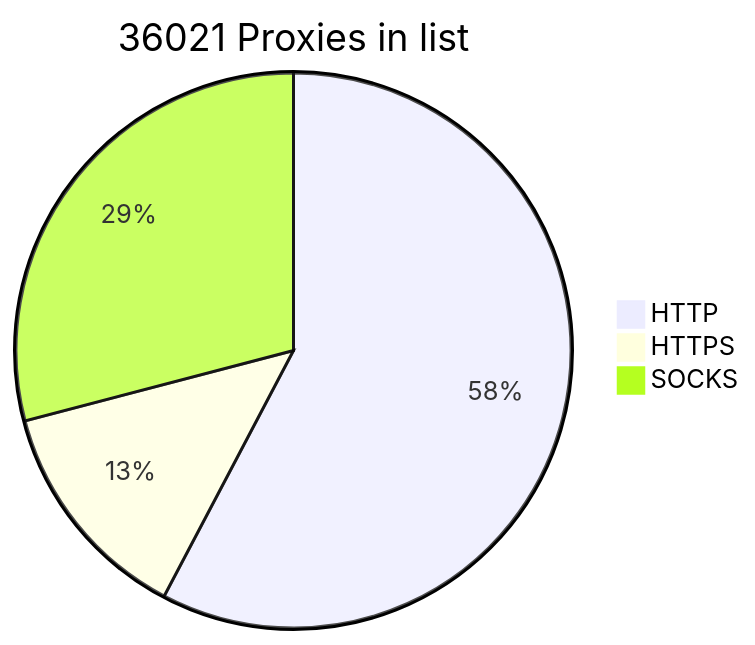
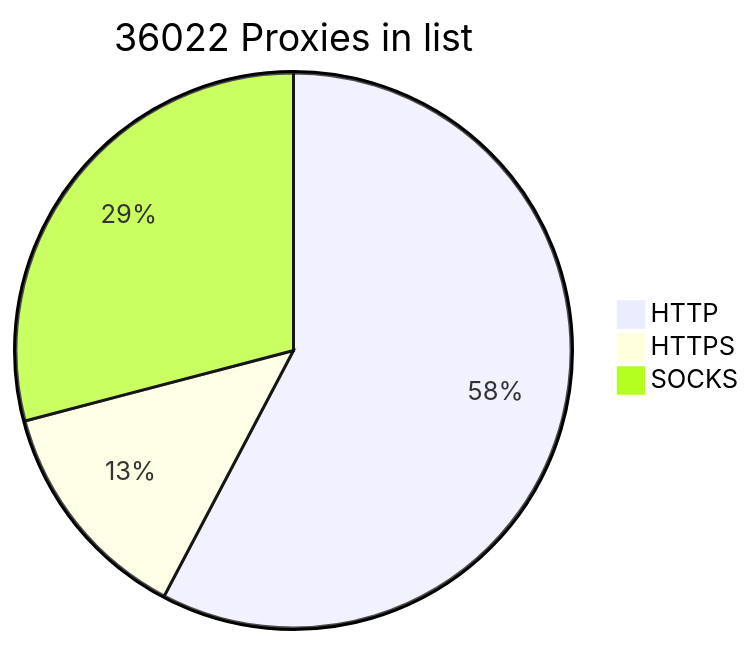
One commit to BlackSnowDot/proxylist-update-every-minute changed the diagram in README.md. Above: the diagram before and after it, drawn with Mermaid.

````diff
--- a/README.md
+++ b/README.md
@@ -2,6 +2,6 @@
 ```mermaid
-pie title 36021 Proxies in list
+pie title 36022 Proxies in list
     "HTTP" : 23097
     "HTTPS": 5284
-    "SOCKS" : 11639
+    "SOCKS" : 11640
 ```
````
